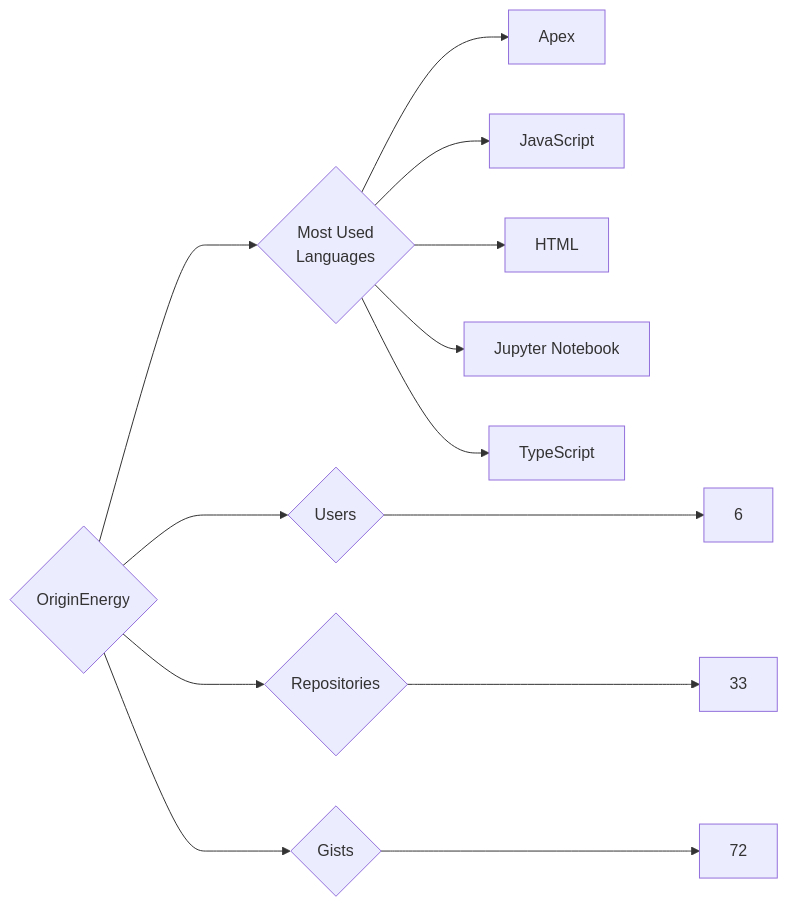
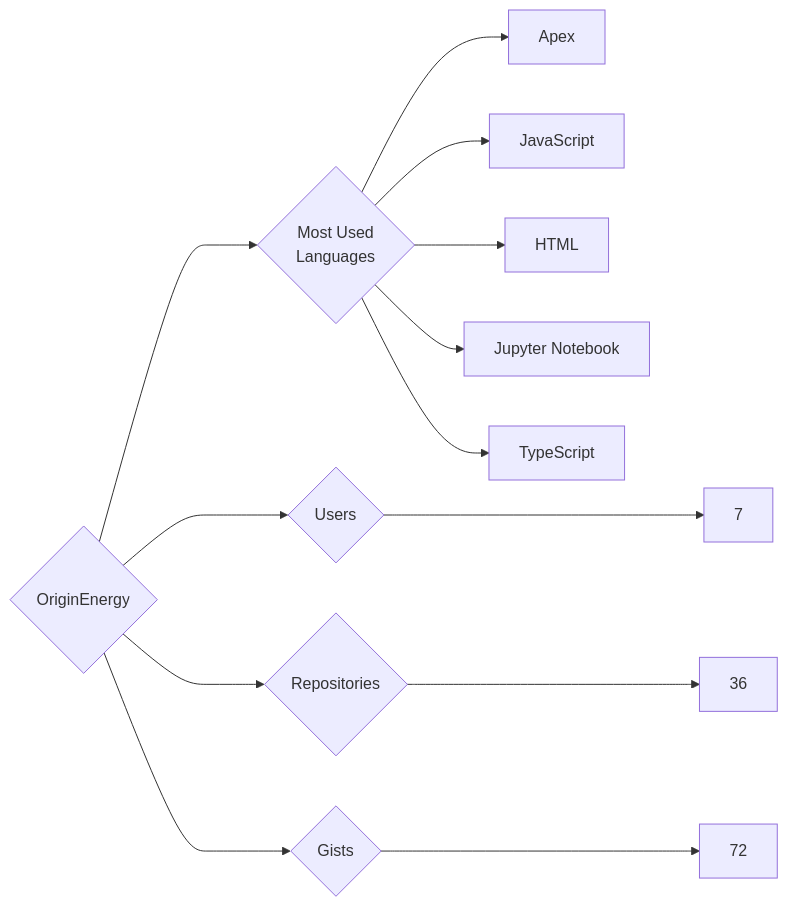
One commit to trickest/insiders changed the diagram in targets/OriginEnergy/README.md. Above: the diagram before and after it, drawn with Mermaid. The commit also changed 1248 other files, not shown here.

````diff
--- a/targets/OriginEnergy/README.md
+++ b/targets/OriginEnergy/README.md
@@ -3,13 +3,13 @@
 ```mermaid
 graph LR
 COMPANY_NAME{OriginEnergy}
-COMPANY_NAME ---> U{Users} ---> UN[6]
-COMPANY_NAME ---> R{Repositories} ---> RN[33]
+COMPANY_NAME ---> U{Users} ---> UN[7]
+COMPANY_NAME ---> R{Repositories} ---> RN[36]
 COMPANY_NAME ---> G{Gists} ---> GN[72]
 COMPANY_NAME ---> ML{Most Used<br>Languages}
 ML --> Apex[Apex]
 ML --> JavaScript[JavaScript]
 ML --> HTML[HTML]
 ML --> Jupyter_Notebook[Jupyter Notebook]
 ML --> TypeScript[TypeScript]
 ```
````
